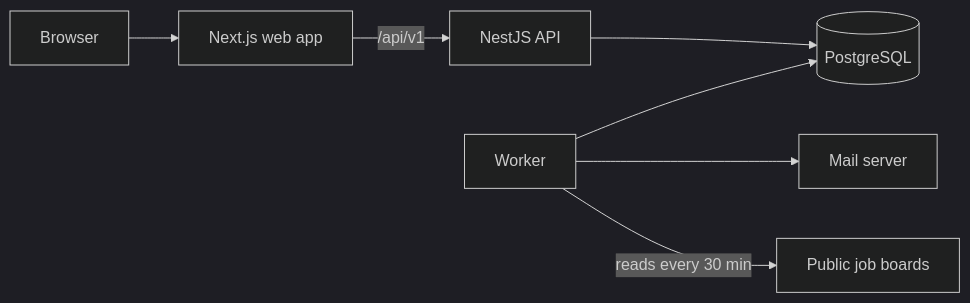
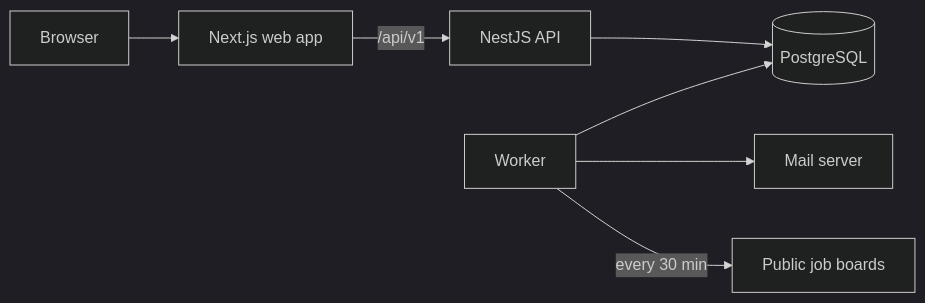
The second of 2 diagrams in README.md (ManasSaxena14/HireFlow), drawn with Mermaid (dark theme) before and after one commit. The commit also changed other lines of this file, not shown here.

````diff
--- a/README.md
+++ b/README.md
@@ -84,9 +94,9 @@
 ```mermaid
 flowchart LR
   B[Browser] --> W[Next.js web app]
   W -- /api/v1 --> A[NestJS API]
   A --> P[(PostgreSQL)]
   K[Worker] --> P
   K --> M[Mail server]
-  K -- reads every 30 min --> J[Public job boards]
+  K -- every 30 min --> J[Public job boards]
 ```
````
